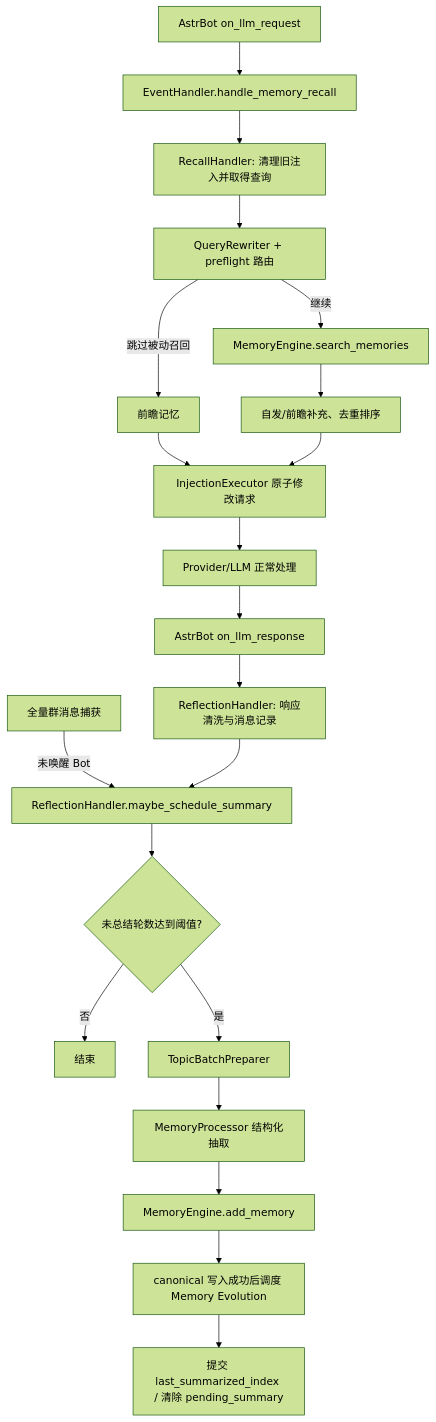
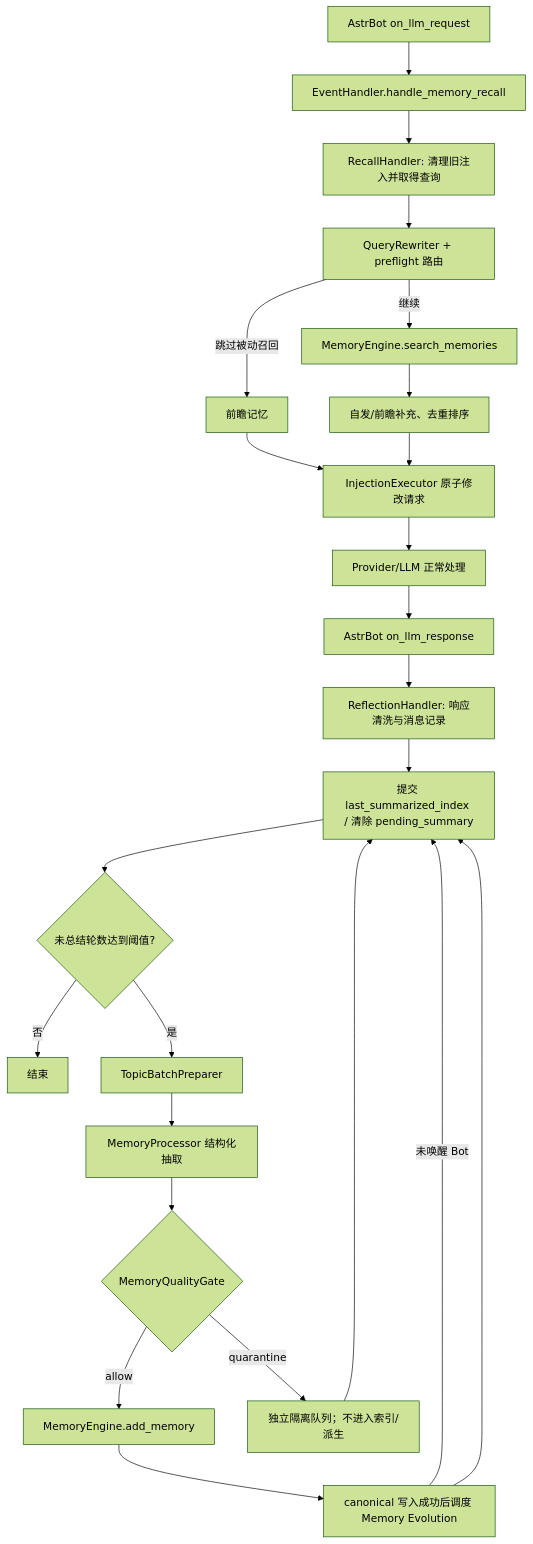
One commit to INSide-734/astrbot_plugin_memora changed the diagram in core/handlers/AGENTS.md. Above: the diagram before and after it, drawn with Mermaid (forest theme). The commit also changed other lines of this file and 28 other files, not shown here.

Commit message:
fix(quality): quarantine ungrounded memory candidates

````diff
--- a/core/handlers/AGENTS.md
+++ b/core/handlers/AGENTS.md
@@ -22,23 +22,26 @@
 ```mermaid
 flowchart TD
     A["AstrBot on_llm_request"] --> B["EventHandler.handle_memory_recall"]
     B --> C["RecallHandler: 清理旧注入并取得查询"]
     C --> D["QueryRewriter + preflight 路由"]
     D -->|"跳过被动召回"| E["前瞻记忆"]
     D -->|"继续"| F["MemoryEngine.search_memories"]
     F --> G["自发/前瞻补充、去重排序"]
     E --> H["InjectionExecutor 原子修改请求"]
     G --> H
     H --> I["Provider/LLM 正常处理"]
     I --> J["AstrBot on_llm_response"]
     J --> K["ReflectionHandler: 响应清洗与消息记录"]
     S["全量群消息捕获"] -->|"未唤醒 Bot"| T["ReflectionHandler.maybe_schedule_summary"]
     K --> T
     T --> L{"未总结轮数达到阈值?"}
     L -->|"否"| M["结束"]
     L -->|"是"| N["TopicBatchPreparer"]
     N --> O["MemoryProcessor 结构化抽取"]
-    O --> P["MemoryEngine.add_memory"]
-    P --> Q["canonical 写入成功后调度 Memory Evolution"]
-    Q --> R["提交 last_summarized_index / 清除 pending_summary"]
+    O --> P{"MemoryQualityGate"}
+    P -->|"allow"| Q["MemoryEngine.add_memory"]
+    P -->|"quarantine"| R["独立隔离队列；不进入索引/派生"]
+    Q --> S["canonical 写入成功后调度 Memory Evolution"]
+    R --> T["提交 last_summarized_index / 清除 pending_summary"]
+    S --> T
 ```
````
